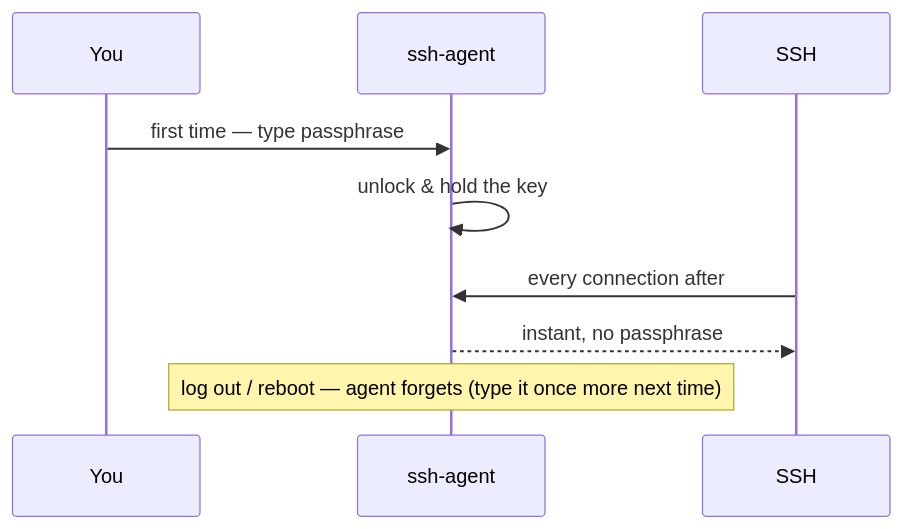
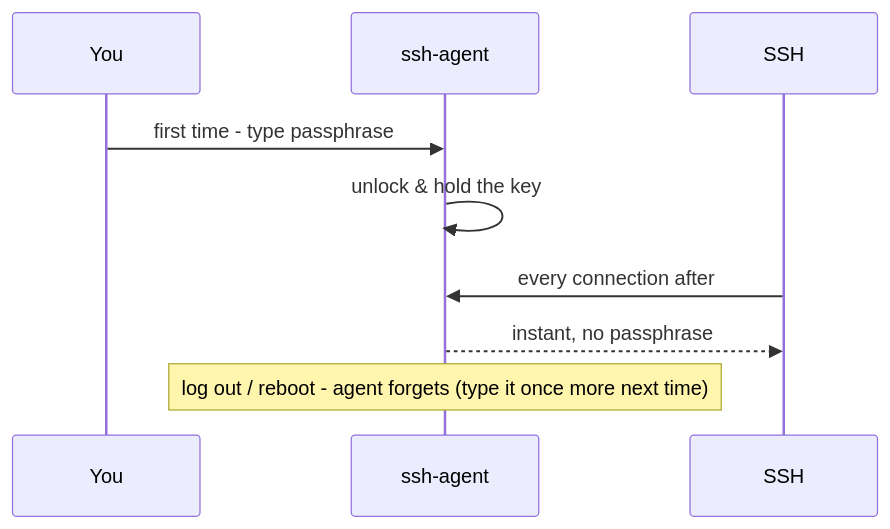
The diagram in guides/infrastructure/ssh-and-keys/03-living-with-ssh.md (Topurrra/themissingmanual), drawn with Mermaid before and after one commit. The commit also changed other lines of this file and 1072 other files, not shown here.

````diff
--- a/guides/infrastructure/ssh-and-keys/03-living-with-ssh.md
+++ b/guides/infrastructure/ssh-and-keys/03-living-with-ssh.md
@@ -72,11 +72,11 @@
 ```mermaid
 sequenceDiagram
   participant You
   participant Agent as ssh-agent
   participant SSH
-  You->>Agent: first time — type passphrase
+  You->>Agent: first time - type passphrase
   Agent->>Agent: unlock & hold the key
   SSH->>Agent: every connection after
   Agent-->>SSH: instant, no passphrase
-  Note over Agent: log out / reboot — agent forgets (type it once more next time)
+  Note over Agent: log out / reboot - agent forgets (type it once more next time)
 ```
````
